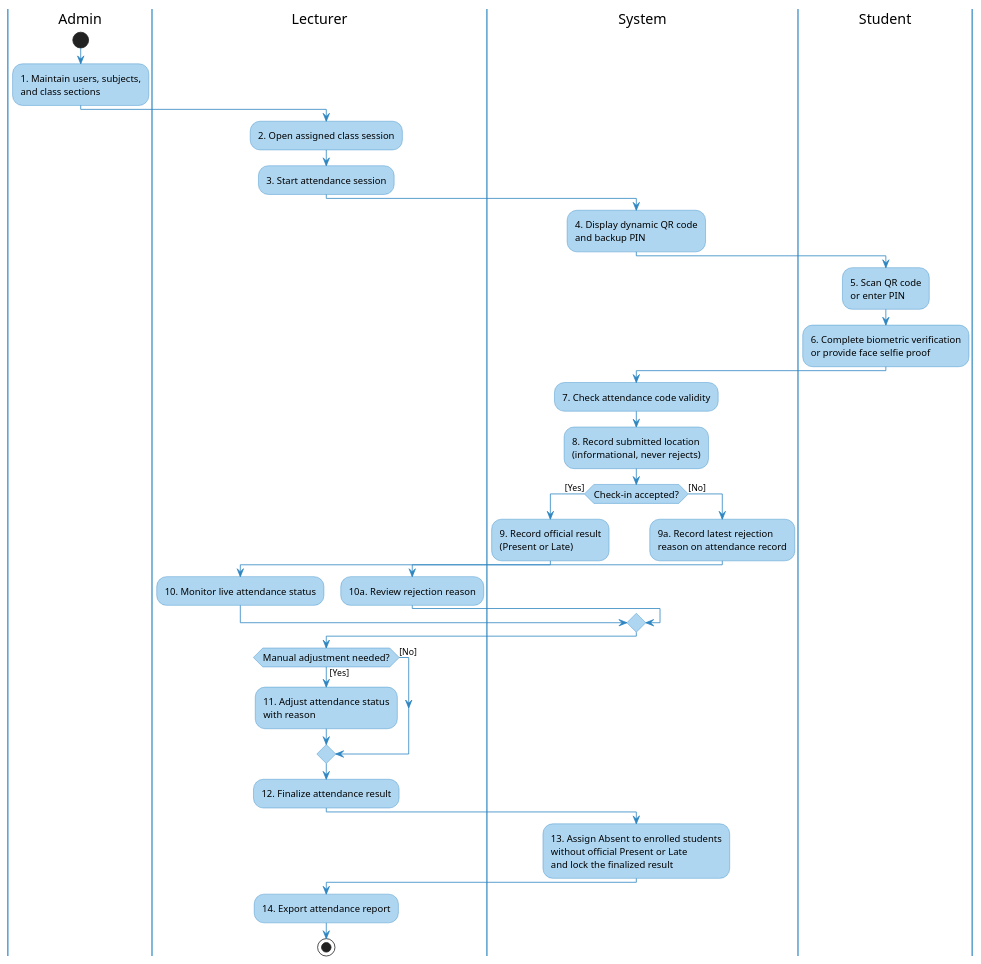
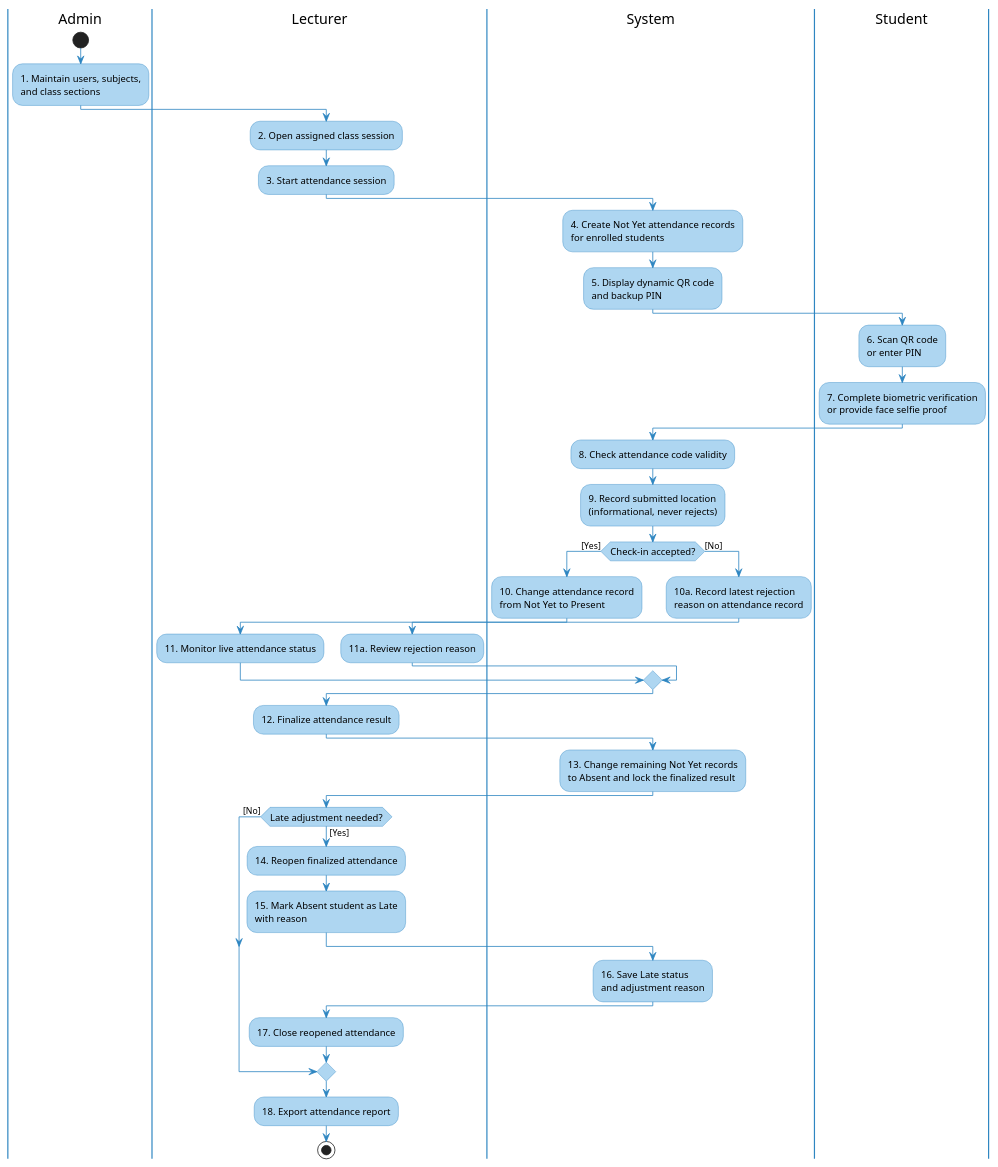
Before and after one commit to nttung42/SWD392: the third of 6 diagrams in docs/rds/1_Requirement.md, drawn with PlantUML. The commit also changed other lines of this file and 1 other file, not shown here.

````diff
--- a/docs/rds/1_Requirement.md
+++ b/docs/rds/1_Requirement.md
@@ -384,54 +384,62 @@
 ```plantuml
 @startuml Overall_Attendance_Process_Activity
 skinparam ActivityBackgroundColor #AED6F1
 skinparam ActivityBorderColor #2E86C1
 skinparam ActivityDiamondBackgroundColor #AED6F1
 skinparam ActivityDiamondBorderColor #2E86C1
 skinparam ArrowColor #2E86C1
 skinparam ActivityFontSize 12
 skinparam swimlaneBorderColor #2E86C1
 skinparam swimlaneHeaderFontStyle bold
 
 |Admin|
 start
 :1. Maintain users, subjects,\nand class sections;
 
 |Lecturer|
 :2. Open assigned class session;
 :3. Start attendance session;
 
 |System|
-:4. Display dynamic QR code\nand backup PIN;
+:4. Create Not Yet attendance records\nfor enrolled students;
+:5. Display dynamic QR code\nand backup PIN;
 
 |Student|
-:5. Scan QR code\nor enter PIN;
-:6. Complete biometric verification\nor provide face selfie proof;
+:6. Scan QR code\nor enter PIN;
+:7. Complete biometric verification\nor provide face selfie proof;
 
 |System|
-:7. Check attendance code validity;
-:8. Record submitted location\n(informational, never rejects);
+:8. Check attendance code validity;
+:9. Record submitted location\n(informational, never rejects);
 
 if (Check-in accepted?) then ([Yes])
-  :9. Record official result\n(Present or Late);
+  :10. Change attendance record\nfrom Not Yet to Present;
   |Lecturer|
-  :10. Monitor live attendance status;
+  :11. Monitor live attendance status;
 else ([No])
   |System|
-  :9a. Record latest rejection\nreason on attendance record;
+  :10a. Record latest rejection\nreason on attendance record;
   |Lecturer|
-  :10a. Review rejection reason;
+  :11a. Review rejection reason;
 endif
 
 |Lecturer|
-if (Manual adjustment needed?) then ([Yes])
-  :11. Adjust attendance status\nwith reason;
+:12. Finalize attendance result;
+|System|
+:13. Change remaining Not Yet records\nto Absent and lock the finalized result;
+
+|Lecturer|
+if (Late adjustment needed?) then ([Yes])
+  :14. Reopen finalized attendance;
+  :15. Mark Absent student as Late\nwith reason;
+  |System|
+  :16. Save Late status\nand adjustment reason;
+  |Lecturer|
+  :17. Close reopened attendance;
 else ([No])
 endif
-:12. Finalize attendance result;
-|System|
-:13. Assign Absent to enrolled students\nwithout official Present or Late\nand lock the finalized result;
 |Lecturer|
-:14. Export attendance report;
+:18. Export attendance report;
 stop
 @enduml
 ```
````
